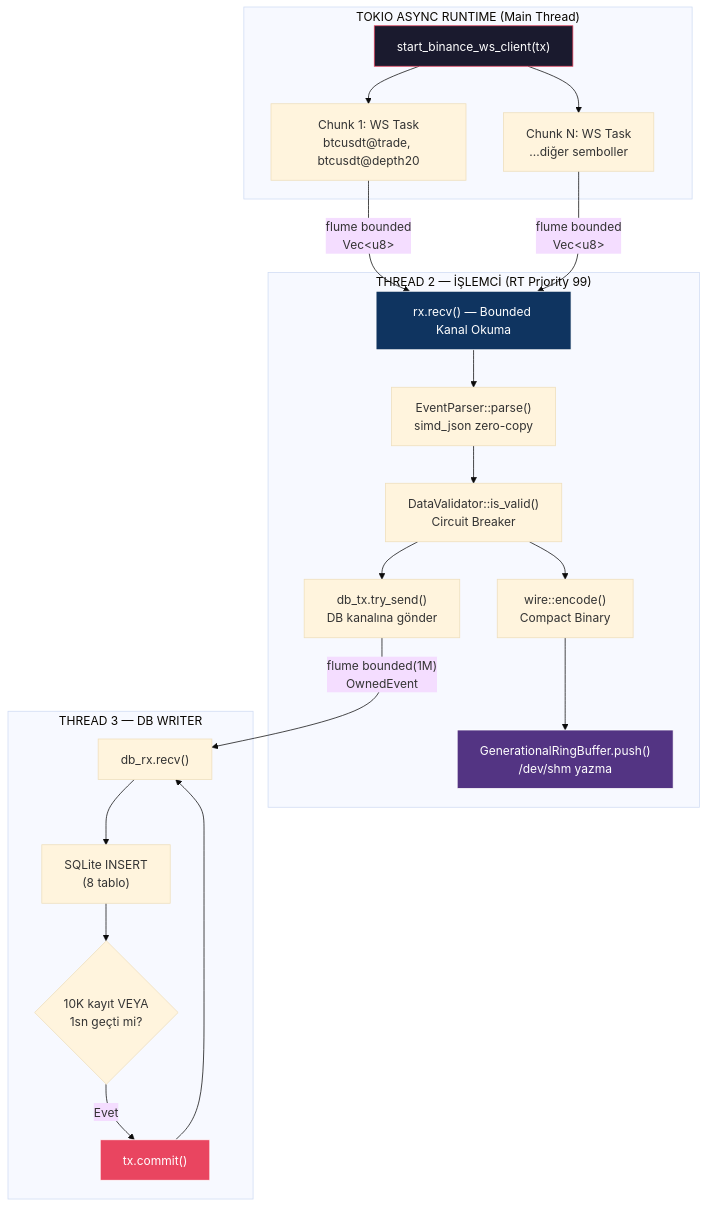
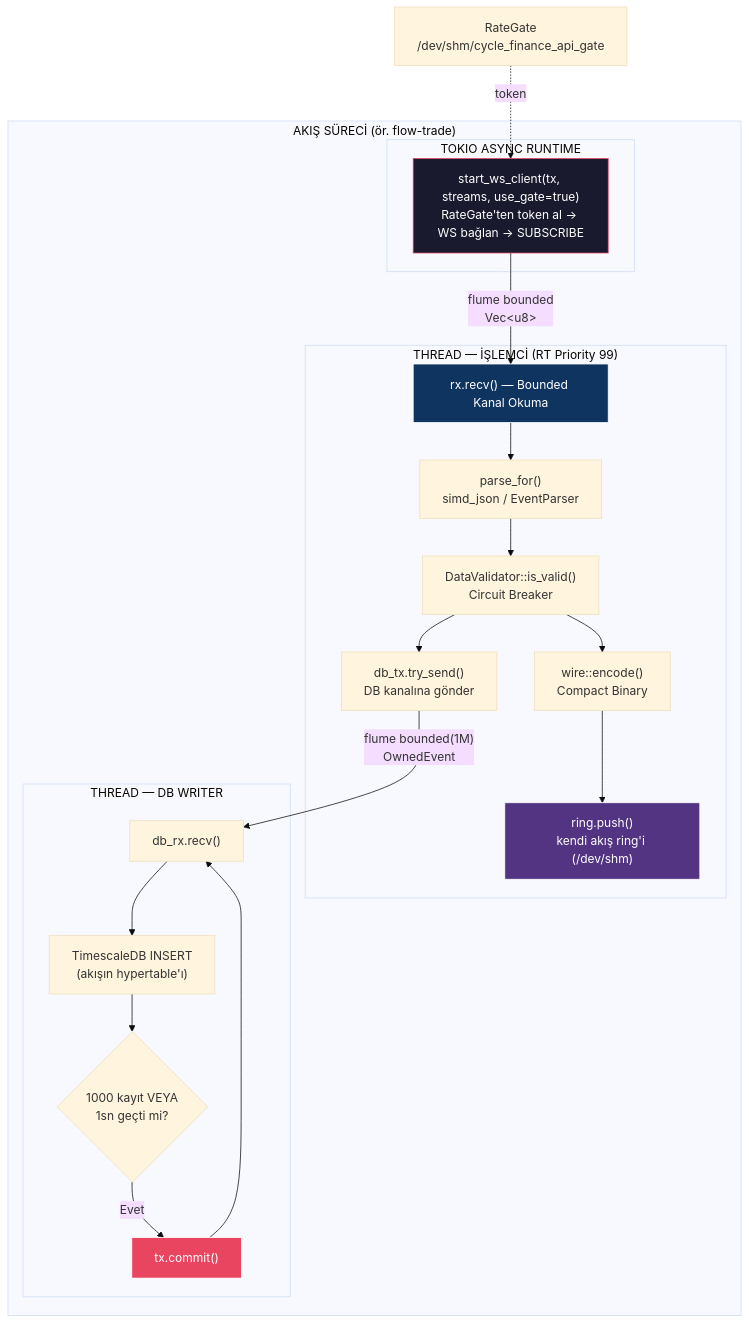
Before and after one commit to Quant-Trade-Lab-Community/cycle_finance_bot: the first of 4 diagrams in cycle-engine/cycle_engine_processes.md, drawn with Mermaid (base theme). The commit also changed other lines of this file and 105 other files, not shown here.

Commit message:
feat: flows veri hattı — 8 bağımsız akış (WS/REST → ring → TimescaleDB), rate gate, REST fallback + weight izleme; price-feed kaldırıldı; ai-engine & unused_services Desktop'a taşındı

````diff
--- a/cycle-engine/cycle_engine_processes.md
+++ b/cycle-engine/cycle_engine_processes.md
@@ -19,40 +26,38 @@
 ```mermaid
 flowchart TD
-    subgraph "TOKIO ASYNC RUNTIME (Main Thread)"
-        A["start_binance_ws_client(tx)"]
-        A1["Chunk 1: WS Task<br/>btcusdt@trade, btcusdt@depth20"]
-        A2["Chunk N: WS Task<br/>...diğer semboller"]
-        A --> A1
-        A --> A2
+    subgraph "AKIŞ SÜRECİ (ör. flow-trade)"
+        subgraph "TOKIO ASYNC RUNTIME"
+            A["start_ws_client(tx, streams, use_gate=true)<br/>RateGate'ten token al → WS bağlan → SUBSCRIBE"]
+        end
+
+        subgraph "THREAD — İŞLEMCİ (RT Priority 99)"
+            B1["rx.recv() — Bounded Kanal Okuma"]
+            B2["parse_for()<br/>simd_json / EventParser"]
+            B3["DataValidator::is_valid()<br/>Circuit Breaker"]
+            B4["wire::encode()<br/>Compact Binary"]
+            B5["ring.push()<br/>kendi akış ring'i (/dev/shm)"]
+            B6["db_tx.try_send()<br/>DB kanalına gönder"]
+            B1 --> B2 --> B3 --> B4 --> B5
+            B3 --> B6
+        end
+
+        subgraph "THREAD — DB WRITER"
+            C1["db_rx.recv()"]
+            C2["TimescaleDB INSERT<br/>(akışın hypertable'ı)"]
+            C3{"1000 kayıt VEYA<br/>1sn geçti mi?"}
+            C4["tx.commit()"]
+            C1 --> C2 --> C3
+            C3 -->|Evet| C4
+            C4 --> C1
+        end
     end
 
-    subgraph "THREAD 2 — İŞLEMCİ (RT Priority 99)"
-        B1["rx.recv() — Bounded Kanal Okuma"]
-        B2["EventParser::parse()<br/>simd_json zero-copy"]
-        B3["DataValidator::is_valid()<br/>Circuit Breaker"]
-        B4["wire::encode()<br/>Compact Binary"]
-        B5["GenerationalRingBuffer.push()<br/>/dev/shm yazma"]
-        B6["db_tx.try_send()<br/>DB kanalına gönder"]
-        B1 --> B2 --> B3 --> B4 --> B5
-        B3 --> B6
-    end
-
-    subgraph "THREAD 3 — DB WRITER"
-        C1["db_rx.recv()"]
-        C2["SQLite INSERT<br/>(8 tablo)"]
-        C3{"10K kayıt VEYA<br/>1sn geçti mi?"}
-        C4["tx.commit()"]
-        C1 --> C2 --> C3
-        C3 -->|Evet| C4
-        C4 --> C1
-    end
-
-    A1 -->|"flume bounded<br/>Vec&lt;u8&gt;"| B1
-    A2 -->|"flume bounded<br/>Vec&lt;u8&gt;"| B1
+    RG["RateGate<br/>/dev/shm/cycle_finance_api_gate"] -.->|"token"| A
+    A -->|"flume bounded<br/>Vec&lt;u8&gt;"| B1
     B6 -->|"flume bounded(1M)<br/>OwnedEvent"| C1
 
     style A fill:#1a1a2e,stroke:#e94560,color:#fff
     style B1 fill:#0f3460,stroke:#fff,color:#fff
     style B5 fill:#533483,stroke:#fff,color:#fff
     style C4 fill:#e94560,stroke:#fff,color:#fff
 ```
````
